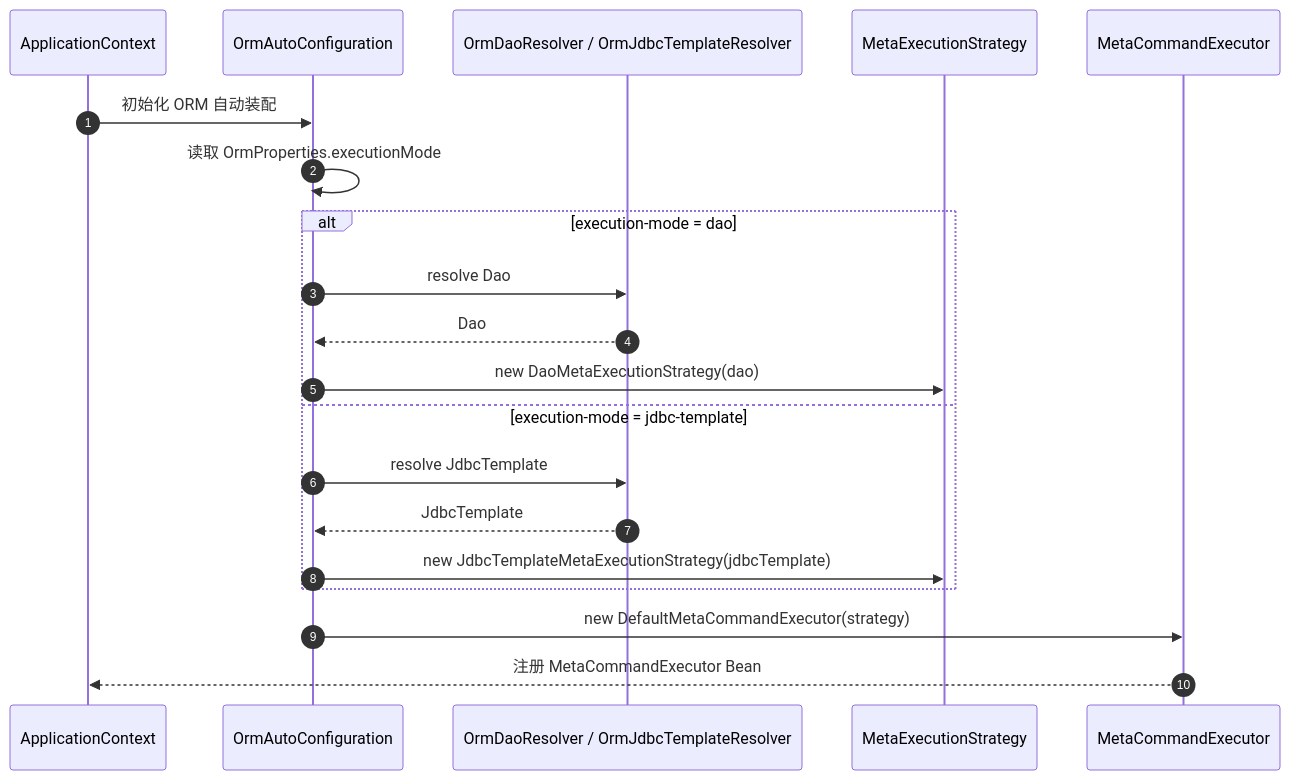
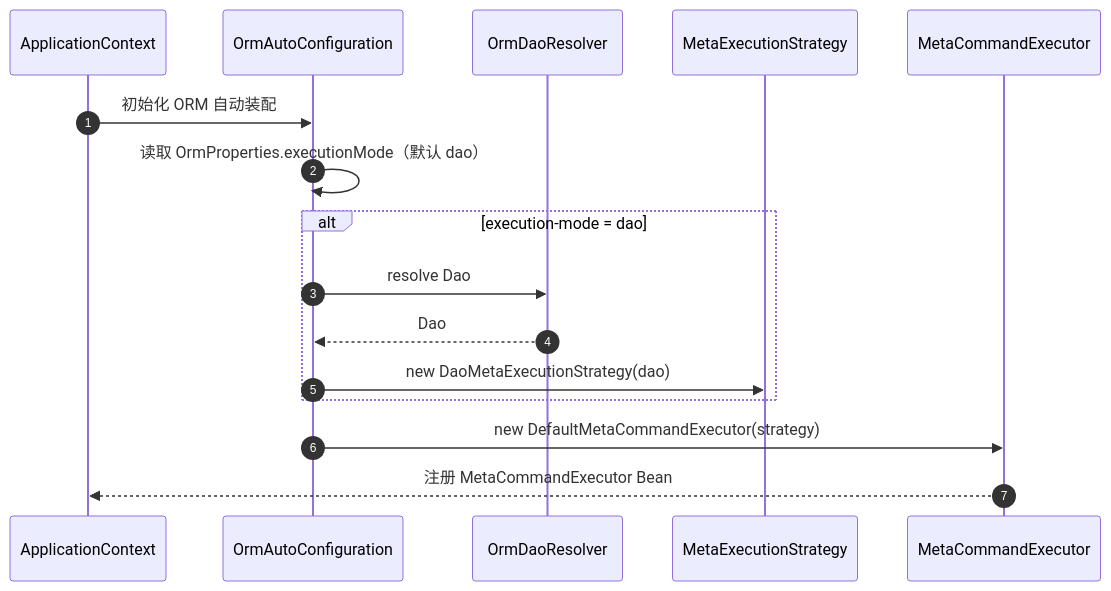
One commit to geelato-projects/geelato-community-backend changed the third of 3 diagrams in docs/orm/backend-fluent-dsl-guide.md. Above: the diagram before and after it, drawn with Mermaid. The commit also changed other lines of this file and 79 other files, not shown here.

````diff
--- a/docs/orm/backend-fluent-dsl-guide.md
+++ b/docs/orm/backend-fluent-dsl-guide.md
@@ -176,23 +113,19 @@
 ```mermaid
 sequenceDiagram
     autonumber
     participant AC as ApplicationContext
     participant CFG as OrmAutoConfiguration
-    participant RES as OrmDaoResolver / OrmJdbcTemplateResolver
+    participant RES as OrmDaoResolver
     participant STR as MetaExecutionStrategy
     participant EX as MetaCommandExecutor
 
     AC->>CFG: 初始化 ORM 自动装配
-    CFG->>CFG: 读取 OrmProperties.executionMode
+    CFG->>CFG: 读取 OrmProperties.executionMode（默认 dao）
     alt execution-mode = dao
         CFG->>RES: resolve Dao
         RES-->>CFG: Dao
         CFG->>STR: new DaoMetaExecutionStrategy(dao)
-    else execution-mode = jdbc-template
-        CFG->>RES: resolve JdbcTemplate
-        RES-->>CFG: JdbcTemplate
-        CFG->>STR: new JdbcTemplateMetaExecutionStrategy(jdbcTemplate)
     end
     CFG->>EX: new DefaultMetaCommandExecutor(strategy)
     EX-->>AC: 注册 MetaCommandExecutor Bean
 ```
````
